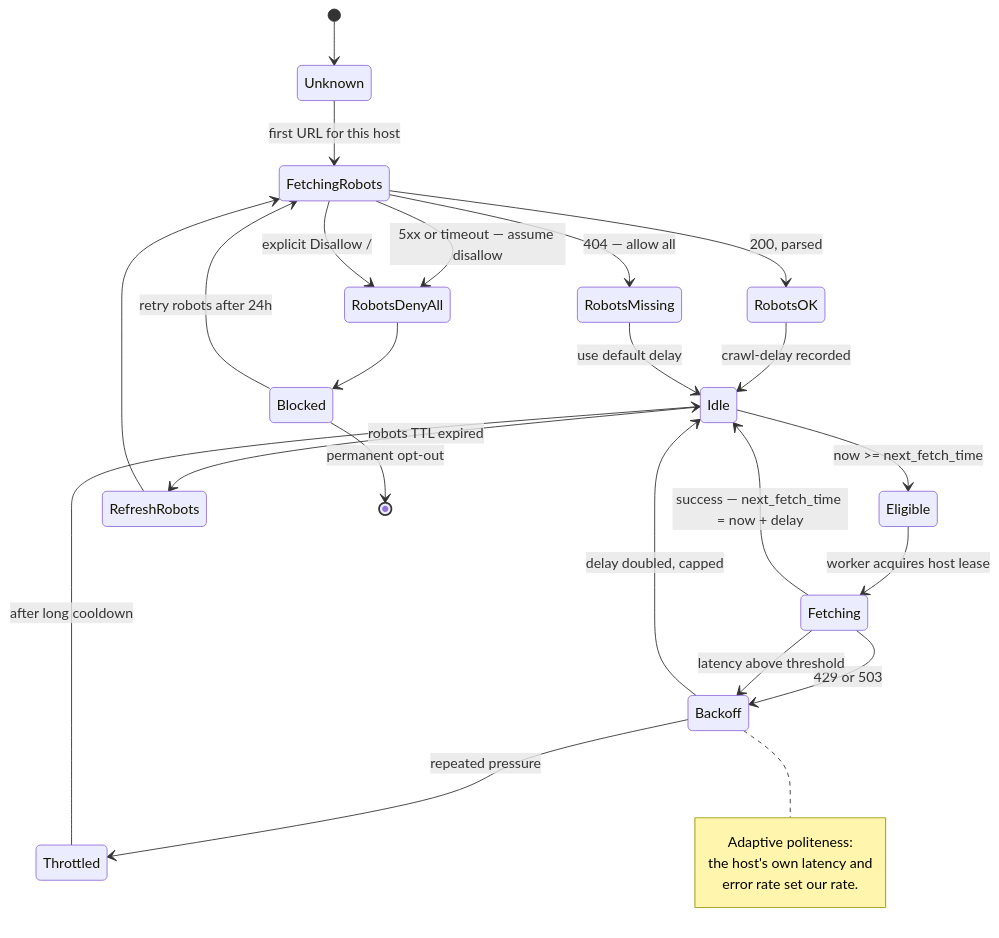
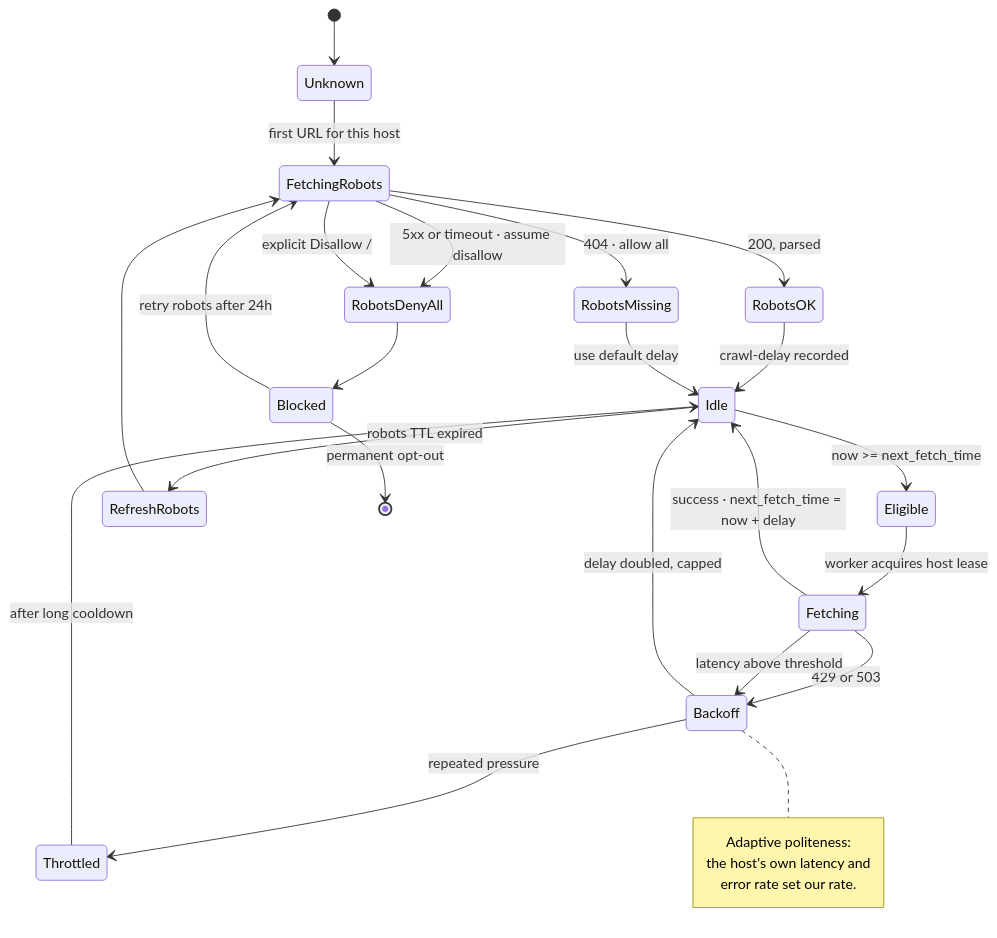
The third of 6 diagrams in docs/en/04-crawling.md (ahmedselimmansor-ctrl/google-search-system-design), drawn with Mermaid before and after one commit. The commit also changed other lines of this file and 89 other files, not shown here.

````diff
--- a/docs/en/04-crawling.md
+++ b/docs/en/04-crawling.md
@@ -171,36 +171,36 @@
 ```mermaid
 stateDiagram-v2
     [*] --> Unknown
 
     Unknown --> FetchingRobots: first URL for this host
     FetchingRobots --> RobotsOK: 200, parsed
-    FetchingRobots --> RobotsMissing: 404 — allow all
-    FetchingRobots --> RobotsDenyAll: 5xx or timeout — assume disallow
+    FetchingRobots --> RobotsMissing: 404 · allow all
+    FetchingRobots --> RobotsDenyAll: 5xx or timeout · assume disallow
     FetchingRobots --> RobotsDenyAll: explicit Disallow /
 
     RobotsOK --> Idle: crawl-delay recorded
     RobotsMissing --> Idle: use default delay
     RobotsDenyAll --> Blocked
 
     Idle --> Eligible: now >= next_fetch_time
     Eligible --> Fetching: worker acquires host lease
-    Fetching --> Idle: success — next_fetch_time = now + delay
+    Fetching --> Idle: success · next_fetch_time = now + delay
 
     Fetching --> Backoff: 429 or 503
     Fetching --> Backoff: latency above threshold
     Backoff --> Idle: delay doubled, capped
     Backoff --> Throttled: repeated pressure
     Throttled --> Idle: after long cooldown
 
     Idle --> RefreshRobots: robots TTL expired
     RefreshRobots --> FetchingRobots
 
     Blocked --> FetchingRobots: retry robots after 24h
     Blocked --> [*]: permanent opt-out
 
     note right of Backoff
         Adaptive politeness:
         the host's own latency and
         error rate set our rate.
     end note
 ```
````
